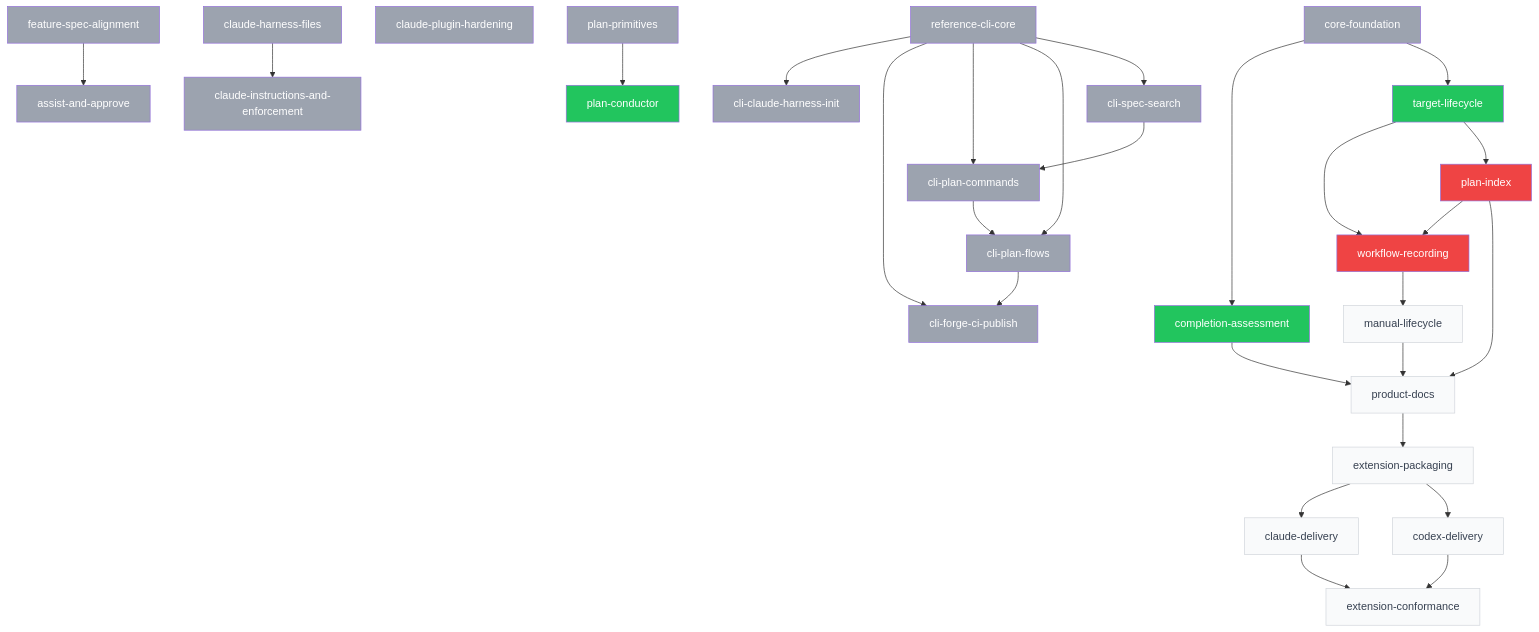
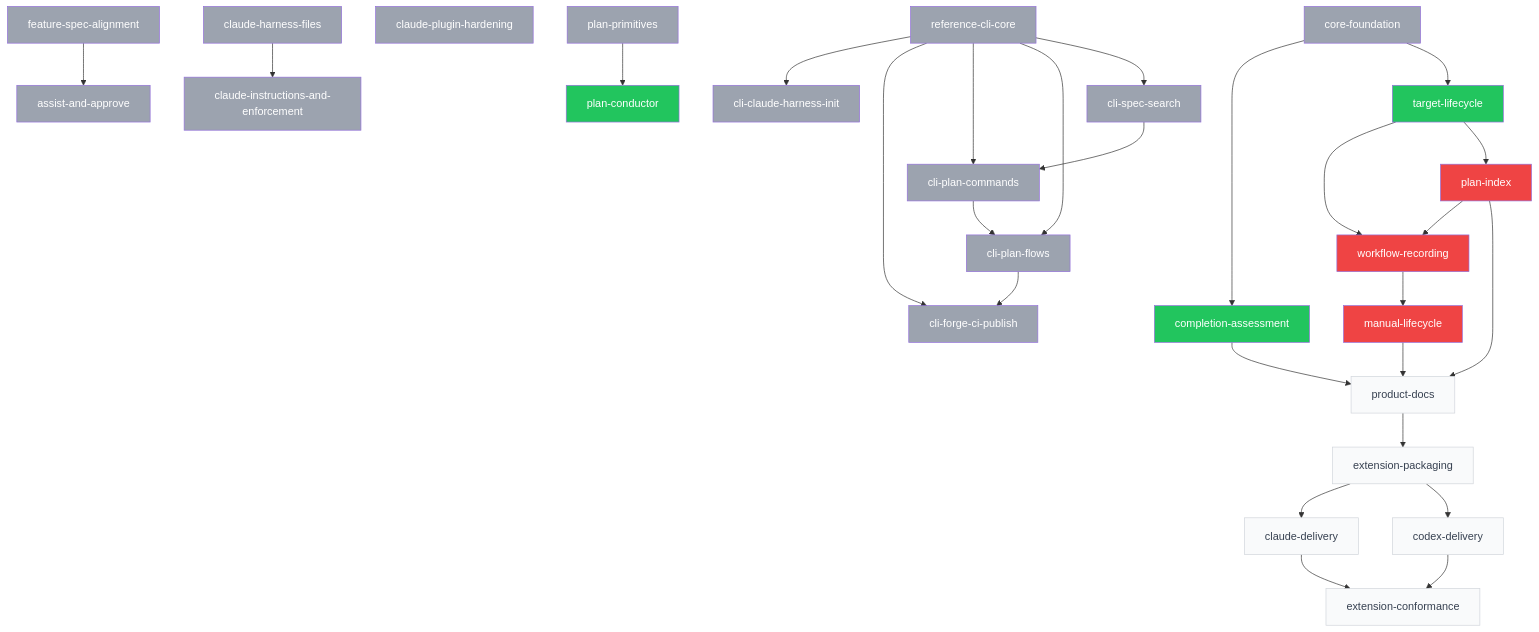
The diagram in plans/PLANS.md (SpiralSky/specplane), drawn with Mermaid before and after one commit. The commit also changed other lines of this file and 1 other file, not shown here.

Commit message:
docs(2026-11-01-manual-lifecycle): approve plan
Specplane-Workflow: approve
Specplane-Agent: claude-code/claude-opus-5-5
Specplane-Session: 34265f08-4042-4656-a421-be12c7913e61

````diff
--- a/plans/PLANS.md
+++ b/plans/PLANS.md
@@ -41,60 +41,60 @@
 ```mermaid
 graph TD
     p_2026_10_28_reference_cli_core[reference-cli-core]:::done
     p_2026_10_29_assist_and_approve[assist-and-approve]:::done
     p_2026_10_29_claude_harness_files[claude-harness-files]:::done
     p_2026_10_29_claude_instructions_and_enforcement[claude-instructions-and-enforcement]:::done
     p_2026_10_29_claude_plugin_hardening[claude-plugin-hardening]:::done
     p_2026_10_29_cli_claude_harness_init[cli-claude-harness-init]:::done
     p_2026_10_29_cli_forge_ci_publish[cli-forge-ci-publish]:::done
     p_2026_10_29_cli_plan_commands[cli-plan-commands]:::done
     p_2026_10_29_cli_plan_flows[cli-plan-flows]:::done
     p_2026_10_29_cli_spec_search[cli-spec-search]:::done
     p_2026_10_29_feature_spec_alignment[feature-spec-alignment]:::done
     p_2026_10_30_plan_conductor[plan-conductor]:::ready
     p_2026_10_30_plan_primitives[plan-primitives]:::done
     p_2026_11_01_claude_delivery[claude-delivery]:::draft
     p_2026_11_01_codex_delivery[codex-delivery]:::draft
     p_2026_11_01_core_foundation[core-foundation]:::done
     p_2026_11_01_extension_conformance[extension-conformance]:::draft
     p_2026_11_01_extension_packaging[extension-packaging]:::draft
-    p_2026_11_01_manual_lifecycle[manual-lifecycle]:::draft
+    p_2026_11_01_manual_lifecycle[manual-lifecycle]:::blocked
     p_2026_11_01_workflow_recording[workflow-recording]:::blocked
     p_2026_11_02_completion_assessment[completion-assessment]:::ready
     p_2026_11_02_plan_index[plan-index]:::blocked
     p_2026_11_02_product_docs[product-docs]:::draft
     p_2026_11_02_target_lifecycle[target-lifecycle]:::ready
     p_2026_10_29_feature_spec_alignment --> p_2026_10_29_assist_and_approve
     p_2026_10_29_claude_harness_files --> p_2026_10_29_claude_instructions_and_enforcement
     p_2026_10_28_reference_cli_core --> p_2026_10_29_cli_claude_harness_init
     p_2026_10_28_reference_cli_core --> p_2026_10_29_cli_forge_ci_publish
     p_2026_10_29_cli_plan_flows --> p_2026_10_29_cli_forge_ci_publish
     p_2026_10_28_reference_cli_core --> p_2026_10_29_cli_plan_commands
     p_2026_10_29_cli_spec_search --> p_2026_10_29_cli_plan_commands
     p_2026_10_28_reference_cli_core --> p_2026_10_29_cli_plan_flows
     p_2026_10_29_cli_plan_commands --> p_2026_10_29_cli_plan_flows
     p_2026_10_28_reference_cli_core --> p_2026_10_29_cli_spec_search
     p_2026_10_30_plan_primitives --> p_2026_10_30_plan_conductor
     p_2026_11_01_extension_packaging --> p_2026_11_01_claude_delivery
     p_2026_11_01_extension_packaging --> p_2026_11_01_codex_delivery
     p_2026_11_01_claude_delivery --> p_2026_11_01_extension_conformance
     p_2026_11_01_codex_delivery --> p_2026_11_01_extension_conformance
     p_2026_11_02_product_docs --> p_2026_11_01_extension_packaging
     p_2026_11_01_workflow_recording --> p_2026_11_01_manual_lifecycle
     p_2026_11_02_plan_index --> p_2026_11_01_workflow_recording
     p_2026_11_02_target_lifecycle --> p_2026_11_01_workflow_recording
     p_2026_11_01_core_foundation --> p_2026_11_02_completion_assessment
     p_2026_11_02_target_lifecycle --> p_2026_11_02_plan_index
     p_2026_11_01_manual_lifecycle --> p_2026_11_02_product_docs
     p_2026_11_02_completion_assessment --> p_2026_11_02_product_docs
     p_2026_11_02_plan_index --> p_2026_11_02_product_docs
     p_2026_11_01_core_foundation --> p_2026_11_02_target_lifecycle
     classDef draft fill:#f9fafb,color:#374151,stroke:#d1d5db
     classDef ready fill:#22c55e,color:#fff
     classDef blocked fill:#ef4444,color:#fff
     classDef in_progress fill:#3b82f6,color:#fff
     classDef review fill:#60a5fa,color:#fff
     classDef done fill:#9ca3af,color:#fff
     classDef abandoned fill:#9ca3af,color:#fff,text-decoration:line-through
     classDef shelved fill:#fef3c7,color:#92400e,stroke:#d97706
 ```
````
